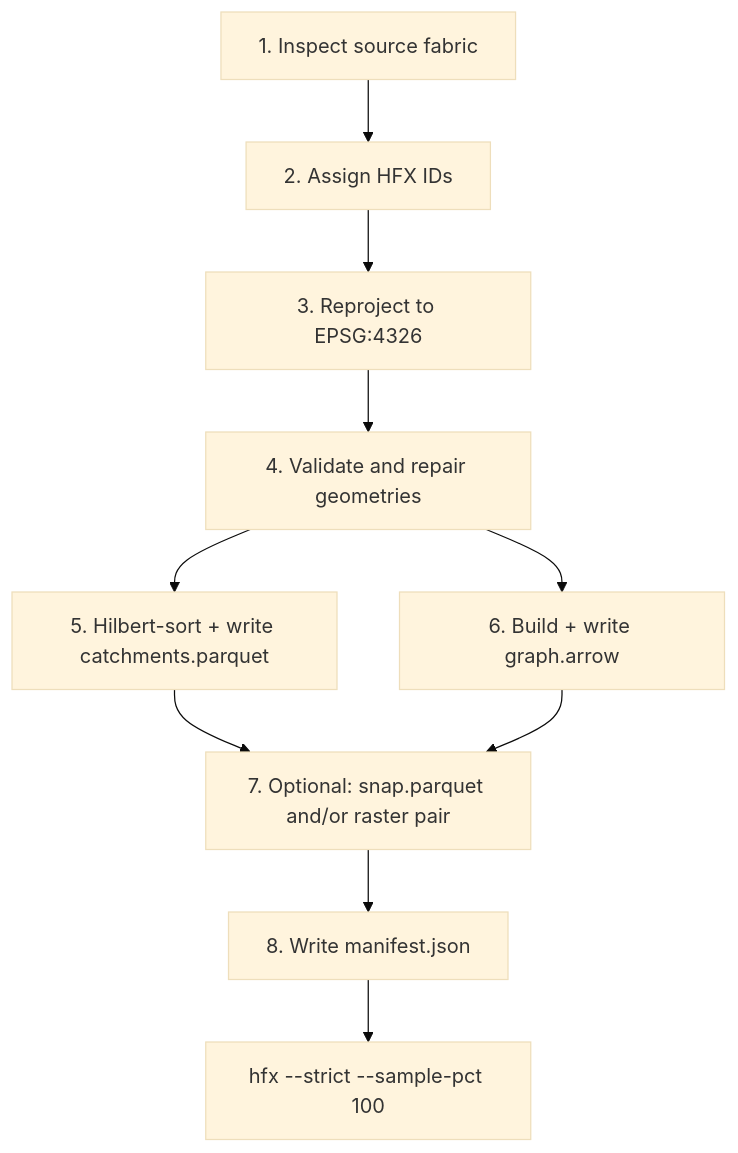
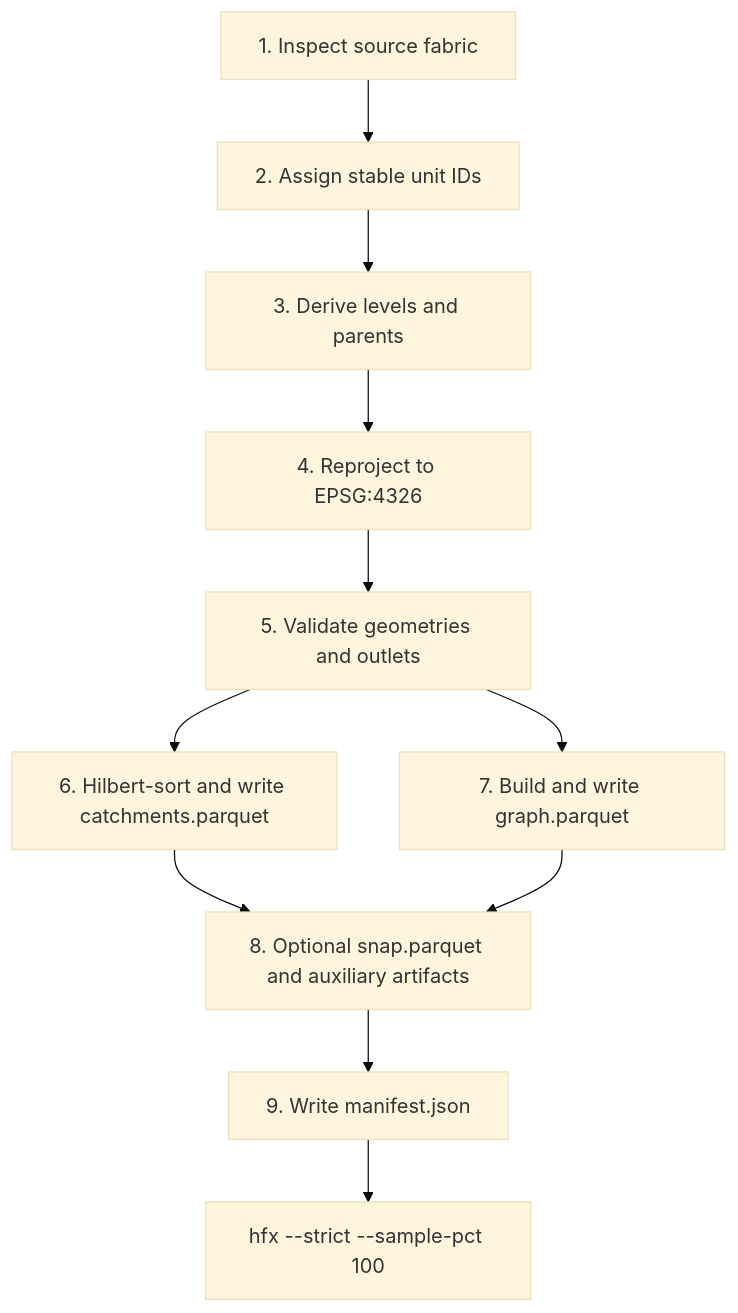
Before and after one commit to CooperBigFoot/hfx: the diagram in docs/ADAPTER_GUIDE.md, drawn with Mermaid (base theme). The commit also changed other lines of this file and 10 other files, not shown here.

````diff
--- a/docs/ADAPTER_GUIDE.md
+++ b/docs/ADAPTER_GUIDE.md
@@ -52,12 +64,13 @@
 ```mermaid
 flowchart TD
-    A[1. Inspect source fabric] --> B[2. Assign HFX IDs]
-    B --> C[3. Reproject to EPSG:4326]
-    C --> D[4. Validate and repair geometries]
-    D --> E[5. Hilbert-sort + write catchments.parquet]
-    D --> F[6. Build + write graph.arrow]
-    E --> G[7. Optional: snap.parquet and/or raster pair]
-    F --> G
-    G --> H[8. Write manifest.json]
-    H --> I[hfx --strict --sample-pct 100]
+    A[1. Inspect source fabric] --> B[2. Assign stable unit IDs]
+    B --> C[3. Derive levels and parents]
+    C --> D[4. Reproject to EPSG:4326]
+    D --> E[5. Validate geometries and outlets]
+    E --> F[6. Hilbert-sort and write catchments.parquet]
+    E --> G[7. Build and write graph.parquet]
+    F --> H[8. Optional snap.parquet and auxiliary artifacts]
+    G --> H
+    H --> I[9. Write manifest.json]
+    I --> J[hfx --strict --sample-pct 100]
 ```
````
